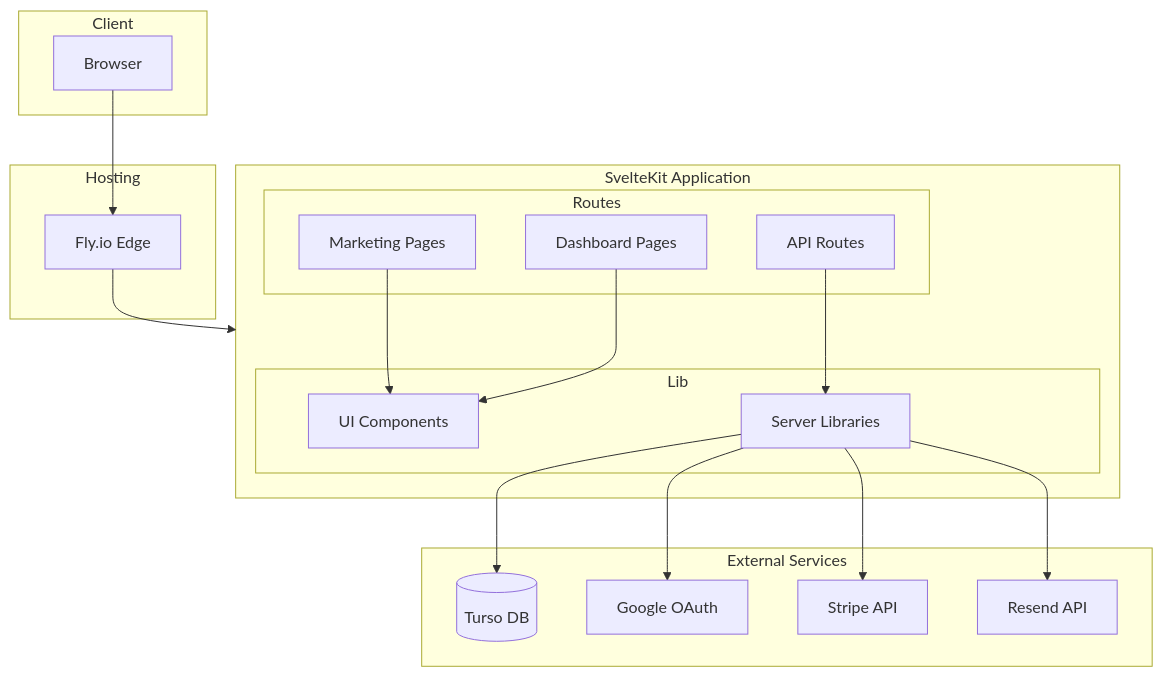
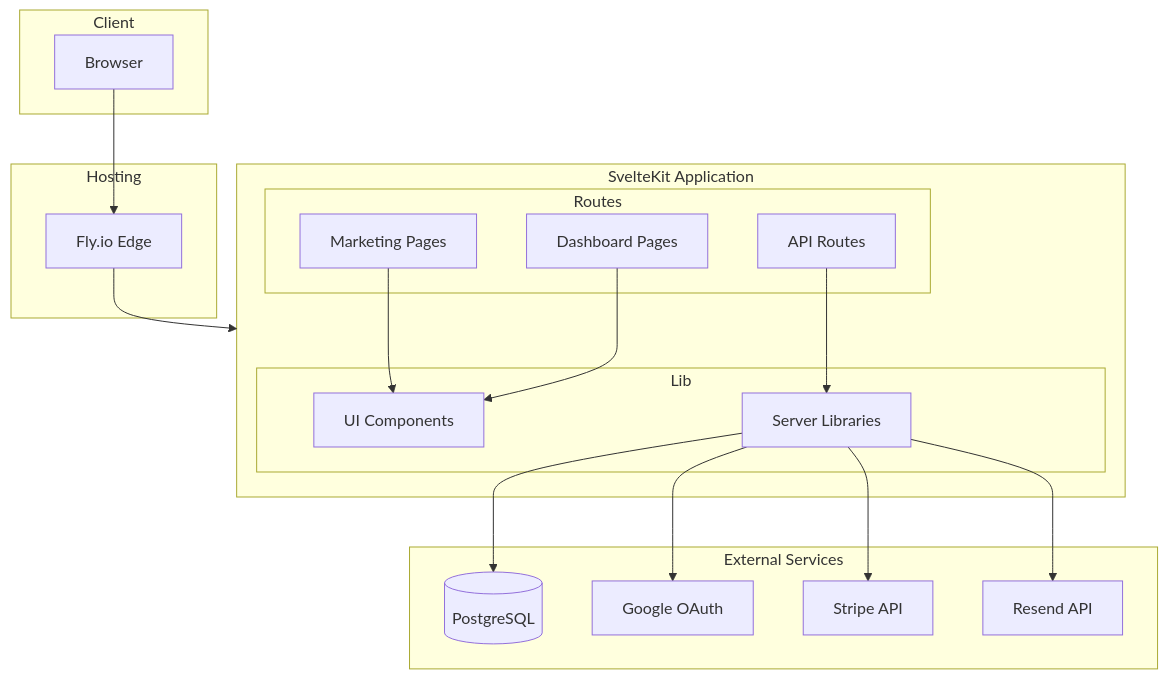
Before and after one commit to jabarihunt/jabstack: the first of 3 diagrams in plans/jabstack-architecture.md, drawn with Mermaid. The commit also changed other lines of this file and 34 other files, not shown here.

````diff
--- a/plans/jabstack-architecture.md
+++ b/plans/jabstack-architecture.md
@@ -100,40 +100,40 @@
 ```mermaid
 flowchart TB
     subgraph Client
         Browser[Browser]
     end
 
     subgraph SvelteKit[SvelteKit Application]
         subgraph Routes
             Marketing[Marketing Pages]
             Dashboard[Dashboard Pages]
             API[API Routes]
         end
 
         subgraph Lib
             Components[UI Components]
             ServerLib[Server Libraries]
         end
     end
 
     subgraph External[External Services]
-        Turso[(Turso DB)]
+        Database[(PostgreSQL)]
         Google[Google OAuth]
         StripeAPI[Stripe API]
         ResendAPI[Resend API]
     end
 
     subgraph Hosting
         FlyIO[Fly.io Edge]
     end
 
     Browser --> FlyIO
     FlyIO --> SvelteKit
     Marketing --> Components
     Dashboard --> Components
     API --> ServerLib
-    ServerLib --> Turso
+    ServerLib --> Database
     ServerLib --> Google
     ServerLib --> StripeAPI
     ServerLib --> ResendAPI
 ```
````
